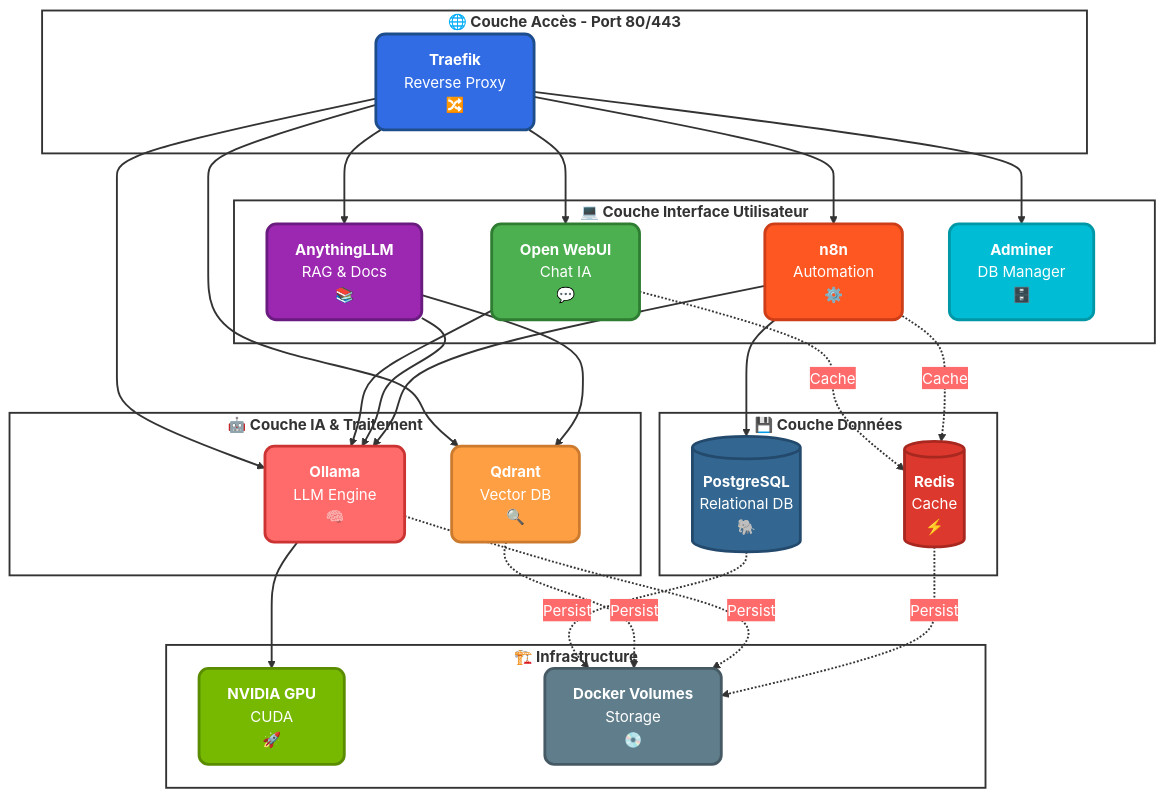
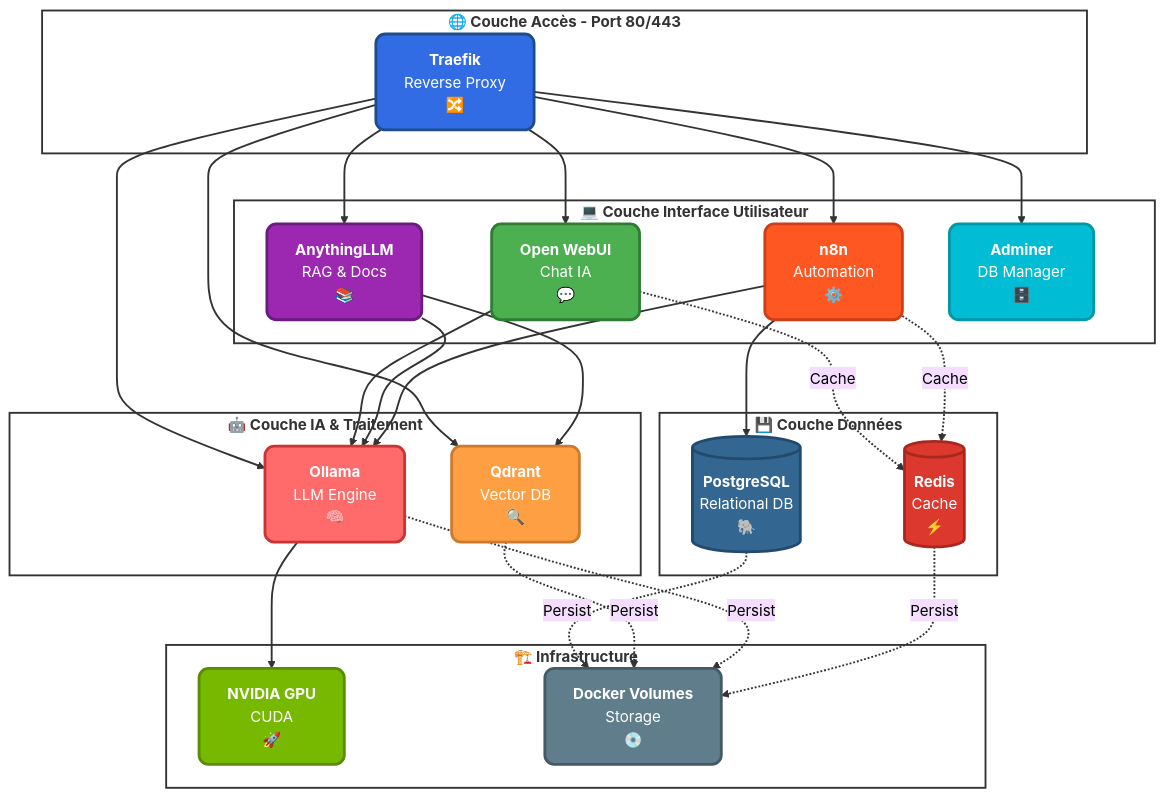
One commit to MPFabio/Stack-IA changed the first of 14 diagrams in docs/ARCHITECTURE.md. Above: the diagram before and after it, drawn with Mermaid. The commit also changed other lines of this file, not shown here.

First line of the commit message:
feat(docs): Fonds colorés sur TOUS les diagrammes

````diff
--- a/docs/ARCHITECTURE.md
+++ b/docs/ARCHITECTURE.md
@@ -18,69 +18,69 @@
 ```mermaid
-%%{init: {'theme':'base', 'themeVariables': { 'primaryColor':'#326ce5','primaryTextColor':'#fff','primaryBorderColor':'#fff','lineColor':'#666','secondaryColor':'#ff6b6b','tertiaryColor':'#76b900'}}}%%
+%%{init: {'theme':'base', 'themeVariables': {'background':'#e3f2fd','mainBkg':'#e3f2fd','primaryTextColor':'#000','secondaryTextColor':'#000','tertiaryTextColor':'#000','lineColor':'#000','textColor':'#000'}}}%%
 graph TB
     subgraph LAYER1["<b>🌐 Couche Accès - Port 80/443</b>"]
         TRAEFIK["<b>Traefik</b><br/>Reverse Proxy<br/>🔀"]
     end
     
     subgraph LAYER2["<b>💻 Couche Interface Utilisateur</b>"]
         WEBUI["<b>Open WebUI</b><br/>Chat IA<br/>💬"]
         ANYTHING["<b>AnythingLLM</b><br/>RAG & Docs<br/>📚"]
         N8N["<b>n8n</b><br/>Automation<br/>⚙️"]
         ADMINER["<b>Adminer</b><br/>DB Manager<br/>🗄️"]
     end
     
     subgraph LAYER3["<b>🤖 Couche IA & Traitement</b>"]
         OLLAMA["<b>Ollama</b><br/>LLM Engine<br/>🧠"]
         QDRANT["<b>Qdrant</b><br/>Vector DB<br/>🔍"]
     end
     
     subgraph LAYER4["<b>💾 Couche Données</b>"]
         POSTGRES[("<b>PostgreSQL</b><br/>Relational DB<br/>🐘")]
         REDIS[("<b>Redis</b><br/>Cache<br/>⚡")]
     end
     
     subgraph INFRA["<b>🏗️ Infrastructure</b>"]
         GPU["<b>NVIDIA GPU</b><br/>CUDA<br/>🚀"]
         VOLUMES["<b>Docker Volumes</b><br/>Storage<br/>💿"]
     end
     
     TRAEFIK ==> WEBUI
     TRAEFIK ==> ANYTHING
     TRAEFIK ==> N8N
     TRAEFIK ==> ADMINER
     TRAEFIK ==> OLLAMA
     TRAEFIK ==> QDRANT
     
     WEBUI --> OLLAMA
     ANYTHING --> OLLAMA
     ANYTHING --> QDRANT
     N8N --> OLLAMA
     N8N --> POSTGRES
     
     OLLAMA ==> GPU
     
     WEBUI -.Cache.-> REDIS
     N8N -.Cache.-> REDIS
     
     POSTGRES -.Persist.-> VOLUMES
     QDRANT -.Persist.-> VOLUMES
     OLLAMA -.Persist.-> VOLUMES
     REDIS -.Persist.-> VOLUMES
     
     style TRAEFIK fill:#326ce5,stroke:#1e4d8b,stroke-width:3px,color:#fff,rx:10,ry:10
     style OLLAMA fill:#ff6b6b,stroke:#cc3333,stroke-width:3px,color:#fff,rx:10,ry:10
     style QDRANT fill:#ff9f43,stroke:#cc7a2e,stroke-width:3px,color:#fff,rx:10,ry:10
     style POSTGRES fill:#336791,stroke:#234a6d,stroke-width:3px,color:#fff,rx:10,ry:10
     style REDIS fill:#dc382d,stroke:#a82820,stroke-width:3px,color:#fff,rx:10,ry:10
     style GPU fill:#76b900,stroke:#5a8c00,stroke-width:3px,color:#fff,rx:10,ry:10
     style WEBUI fill:#4CAF50,stroke:#2e7d32,stroke-width:3px,color:#fff,rx:10,ry:10
     style ANYTHING fill:#9C27B0,stroke:#6a1b7f,stroke-width:3px,color:#fff,rx:10,ry:10
     style N8N fill:#FF5722,stroke:#cc3d18,stroke-width:3px,color:#fff,rx:10,ry:10
     style ADMINER fill:#00BCD4,stroke:#0097a7,stroke-width:3px,color:#fff,rx:10,ry:10
     style VOLUMES fill:#607D8B,stroke:#455a64,stroke-width:3px,color:#fff,rx:10,ry:10
     
     classDef layerStyle fill:#ffffff,stroke:#333,stroke-width:2px,color:#333
     class LAYER1,LAYER2,LAYER3,LAYER4,INFRA layerStyle
     
     linkStyle default stroke:#333,stroke-width:2px
 ```
````
